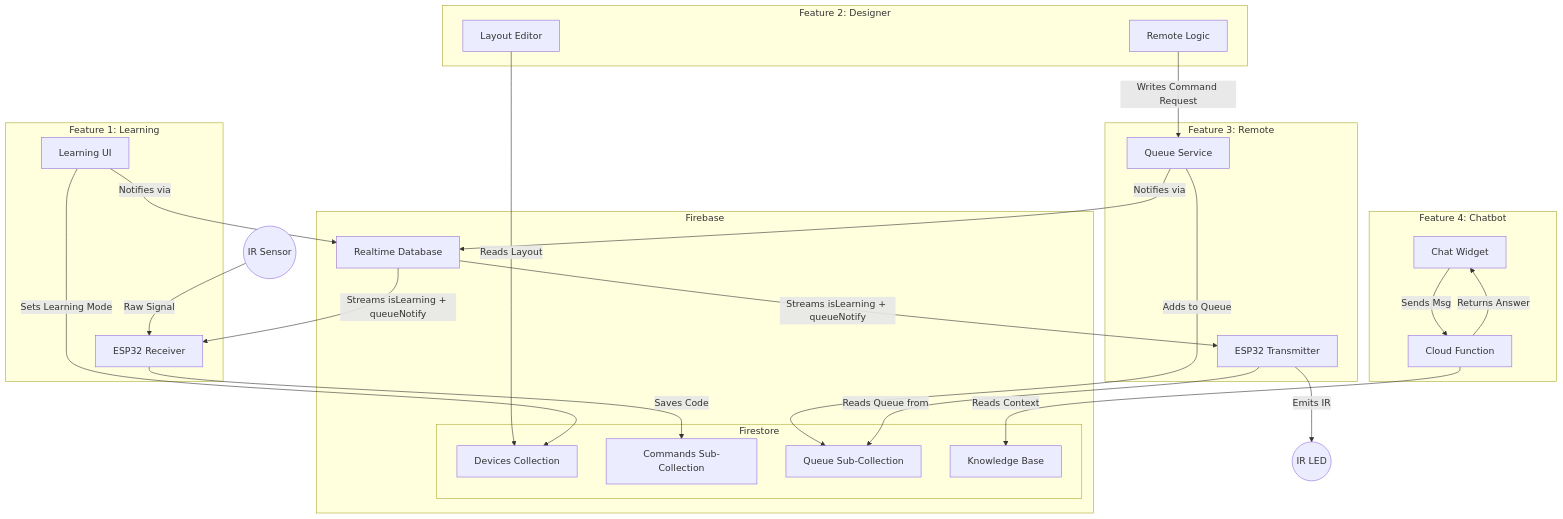
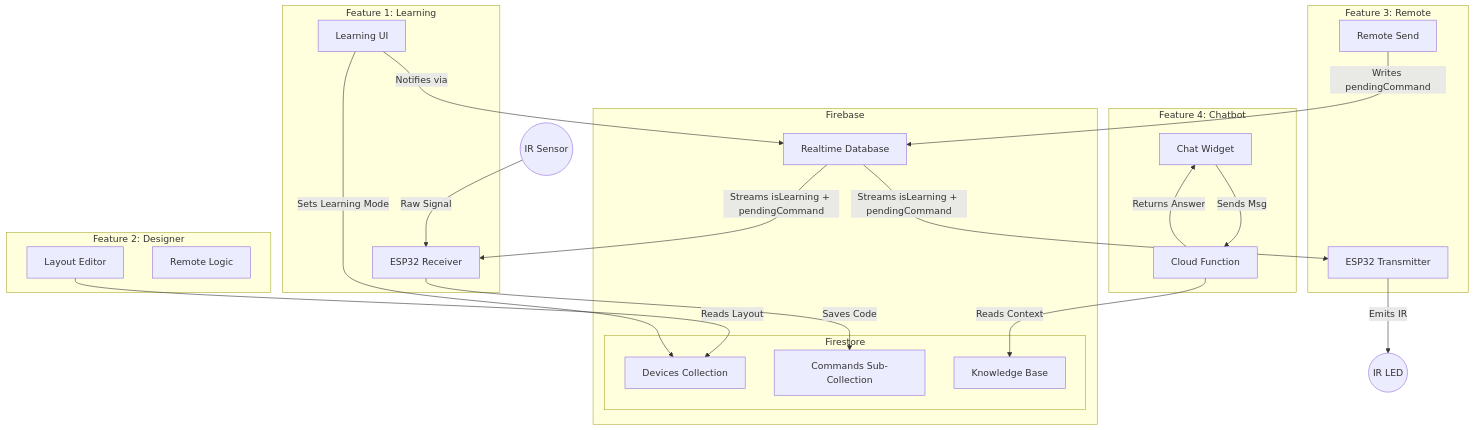
The first of 2 diagrams in ARCHITECTURE.md (jj-link/Pulsr), drawn with Mermaid before and after one commit. The commit also changed other lines of this file and 8 other files, not shown here.

First line of the commit message:
feat: replace Firestore queue with direct RTDB pendingCommand dispatch

````diff
--- a/ARCHITECTURE.md
+++ b/ARCHITECTURE.md
@@ -14,56 +14,52 @@
 ```mermaid
 graph TD
     %% Subsystems
     subgraph Feature2_Designer [Feature 2: Designer]
         UI_Designer[Layout Editor]
         UI_Remote[Remote Logic]
     end
 
     subgraph Feature3_Remote [Feature 3: Remote]
-        QueueService[Queue Service]
+        UI_Remote_Send[Remote Send]
         ESP_Tx[ESP32 Transmitter]
     end
 
     subgraph Feature1_Learning [Feature 1: Learning]
         UI_Learn[Learning UI]
         ESP_Rx[ESP32 Receiver]
     end
 
     subgraph Feature4_Chatbot [Feature 4: Chatbot]
         UI_Chat[Chat Widget]
         CloudFunc[Cloud Function]
     end
 
     %% Data Store
     subgraph Firebase
         subgraph Firestore
             Devices[Devices Collection]
             Commands[Commands Sub-Collection]
-            Queue[Queue Sub-Collection]
             KB[Knowledge Base]
         end
         RTDB[Realtime Database]
     end
 
     %% Connections — Web writes
     UI_Designer -->|Reads Layout| Devices
-    UI_Remote -->|Writes Command Request| QueueService
-    QueueService -->|Adds to Queue| Queue
-    QueueService -->|Notifies via| RTDB
+    UI_Remote_Send -->|Writes pendingCommand| RTDB
 
     UI_Learn -->|Sets Learning Mode| Devices
     UI_Learn -->|Notifies via| RTDB
 
     %% Connections — ESP32 streaming + reads
-    RTDB -->|Streams isLearning + queueNotify| ESP_Rx
-    RTDB -->|Streams isLearning + queueNotify| ESP_Tx
-    ESP_Tx -->|Reads Queue from| Queue
+    RTDB -->|Streams isLearning + pendingCommand| ESP_Rx
+    RTDB -->|Streams isLearning + pendingCommand| ESP_Tx
     ESP_Tx -->|Emits IR| IR_LED((IR LED))
 
     IR_Sensor((IR Sensor)) -->|Raw Signal| ESP_Rx
     ESP_Rx -->|Saves Code| Commands
 
     UI_Chat -->|Sends Msg| CloudFunc
     CloudFunc -->|Reads Context| KB
     CloudFunc -->|Returns Answer| UI_Chat
 ```
````
